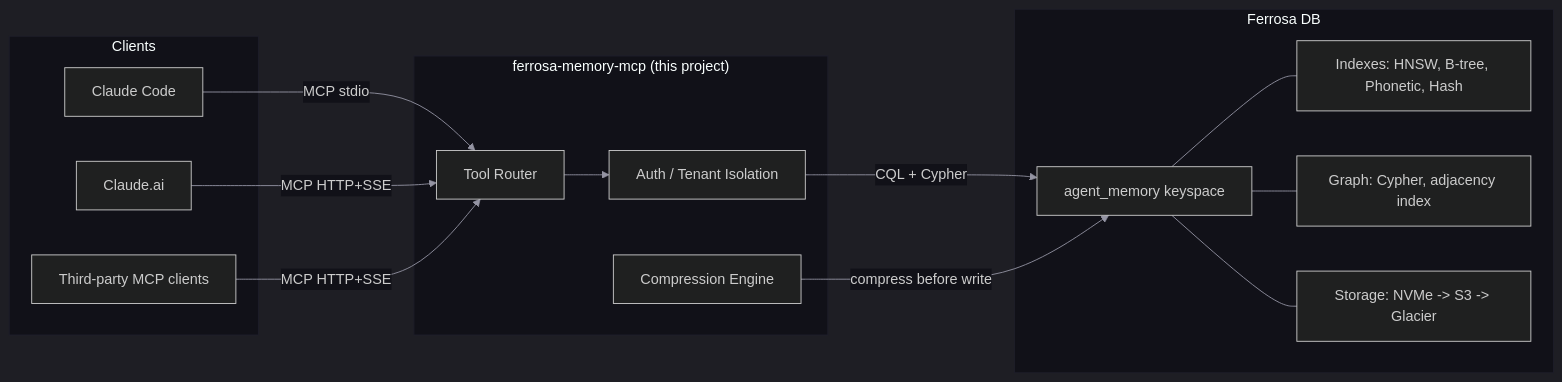
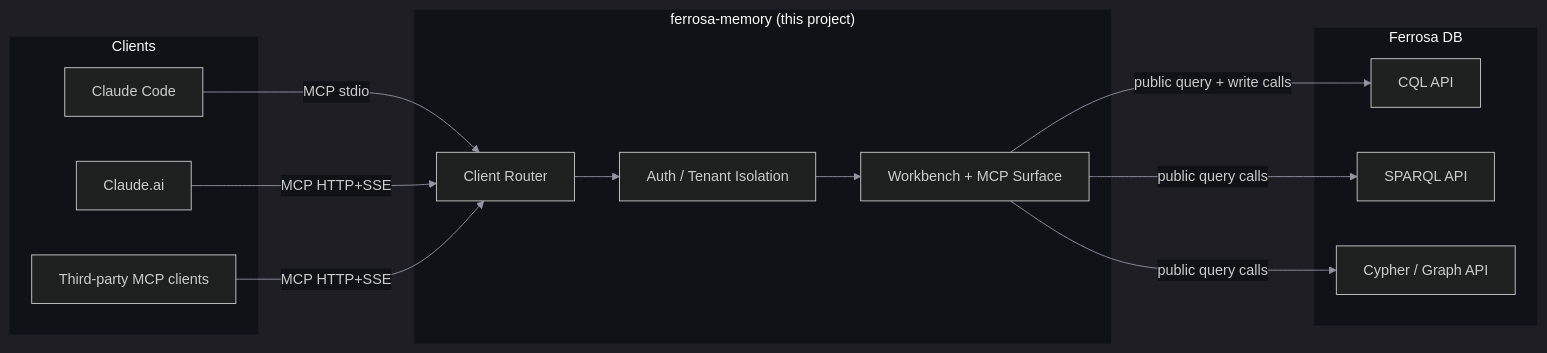
One commit to ferrosadb/ferrosa-memory changed the diagram in specs/overview.md. Above: the diagram before and after it, drawn with Mermaid. The commit also changed other lines of this file and 153 other files, not shown here.

````diff
--- a/specs/overview.md
+++ b/specs/overview.md
@@ -9,32 +9,30 @@
 ```mermaid
 %%{init: {'theme':'dark','themeVariables':{'primaryColor':'#16161f','primaryTextColor':'#e8e8ed','primaryBorderColor':'#e2725b','lineColor':'#9494a3','secondaryColor':'#1c1c28','tertiaryColor':'#111118','clusterBkg':'#111118','clusterBorder':'#1e1e2a','edgeLabelBackground':'#111118','nodeTextColor':'#e8e8ed'}}}%%
 graph LR
     subgraph Clients
         CC[Claude Code]
         CA[Claude.ai]
         TP[Third-party MCP clients]
     end
 
-    subgraph "ferrosa-memory-mcp (this project)"
-        TR[Tool Router]
+    subgraph "ferrosa-memory (this project)"
+        TR[Client Router]
         AT[Auth / Tenant Isolation]
-        CU[Compression Engine]
+        WB[Workbench + MCP Surface]
     end
 
     subgraph "Ferrosa DB"
-        KS[agent_memory keyspace]
-        IX[Indexes: HNSW, B-tree, Phonetic, Hash]
-        GR[Graph: Cypher, adjacency index]
-        ST[Storage: NVMe -> S3 -> Glacier]
+        CQL[CQL API]
+        SPQ[SPARQL API]
+        CYP[Cypher / Graph API]
     end
 
     CC -->|MCP stdio| TR
     CA -->|MCP HTTP+SSE| TR
     TP -->|MCP HTTP+SSE| TR
     TR --> AT
-    AT -->|CQL + Cypher| KS
-    CU -->|compress before write| KS
-    KS --- IX
-    KS --- GR
-    KS --- ST
+    AT --> WB
+    WB -->|public query + write calls| CQL
+    WB -->|public query calls| SPQ
+    WB -->|public query calls| CYP
 ```
````
